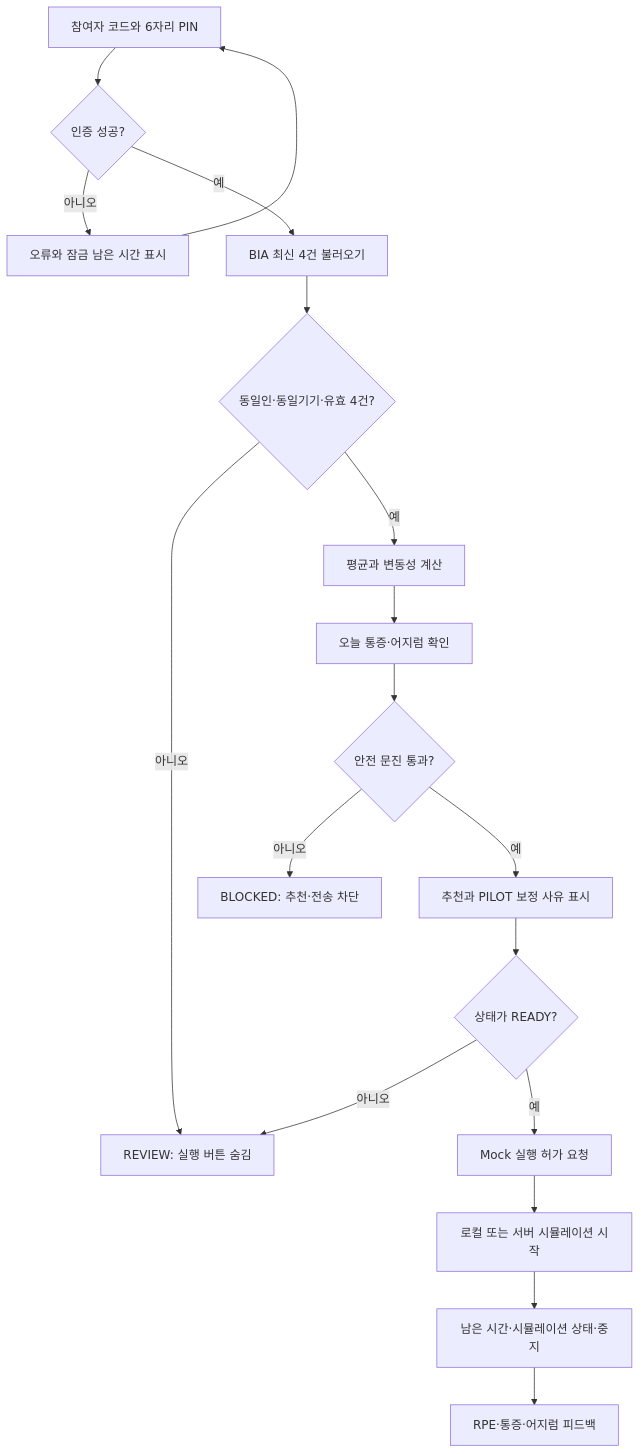
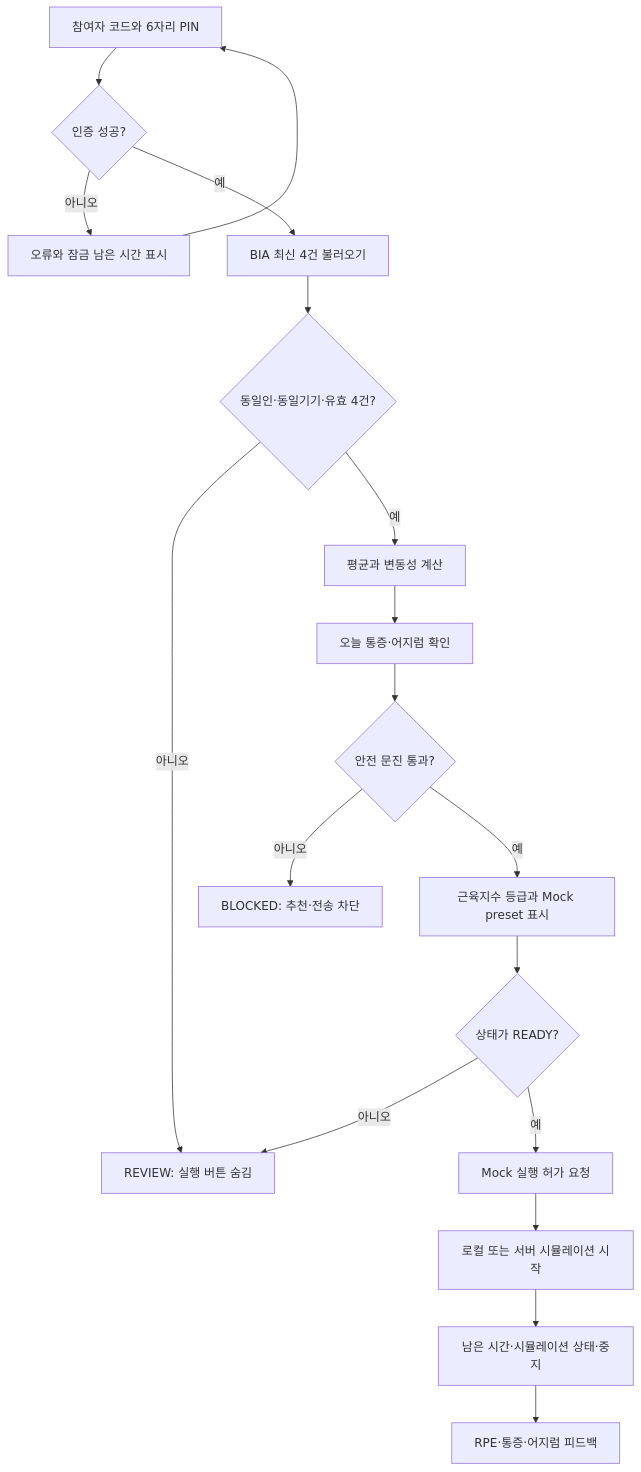
Before and after one commit to Dowon-Kang/vibecare-pilot: the first of 4 diagrams in docs/architecture.md, drawn with Mermaid. The commit also changed other lines of this file and 18 other files, not shown here.

````diff
--- a/docs/architecture.md
+++ b/docs/architecture.md
@@ -5,20 +5,20 @@
 ```mermaid
 flowchart TD
     A[참여자 코드와 6자리 PIN] --> B{인증 성공?}
     B -- 아니오 --> C[오류와 잠금 남은 시간 표시]
     C --> A
     B -- 예 --> D[BIA 최신 4건 불러오기]
     D --> E{동일인·동일기기·유효 4건?}
     E -- 아니오 --> F[REVIEW: 실행 버튼 숨김]
     E -- 예 --> G[평균과 변동성 계산]
     G --> H[오늘 통증·어지럼 확인]
     H --> I{안전 문진 통과?}
     I -- 아니오 --> J[BLOCKED: 추천·전송 차단]
-    I -- 예 --> K[추천과 PILOT 보정 사유 표시]
+    I -- 예 --> K[근육지수 등급과 Mock preset 표시]
     K --> L{상태가 READY?}
     L -- 아니오 --> F
     L -- 예 --> M[Mock 실행 허가 요청]
     M --> N[로컬 또는 서버 시뮬레이션 시작]
     N --> O[남은 시간·시뮬레이션 상태·중지]
     O --> P[RPE·통증·어지럼 피드백]
 ```
````
